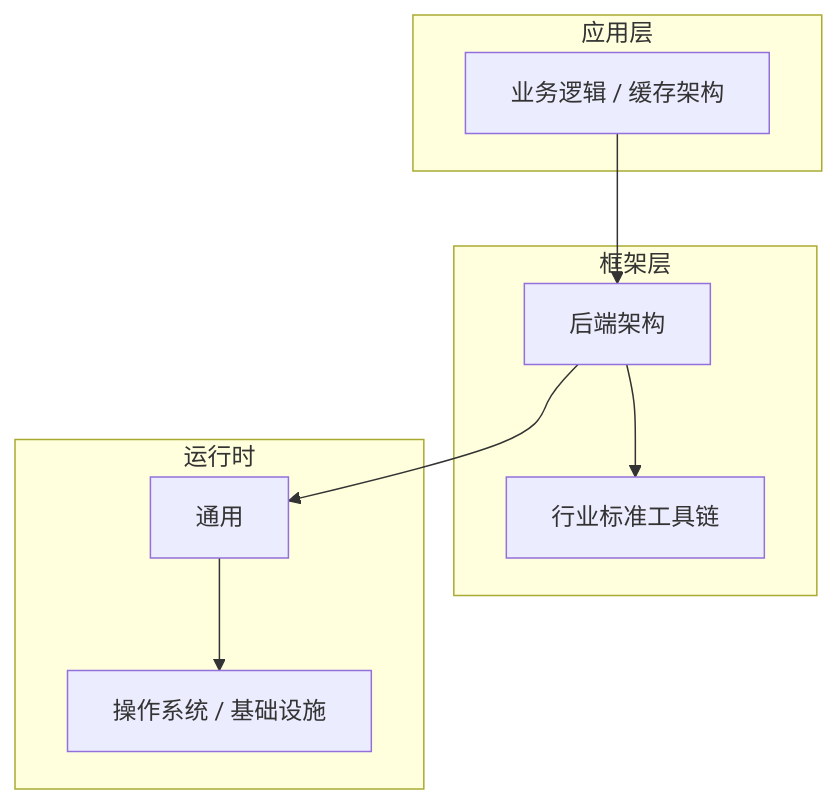
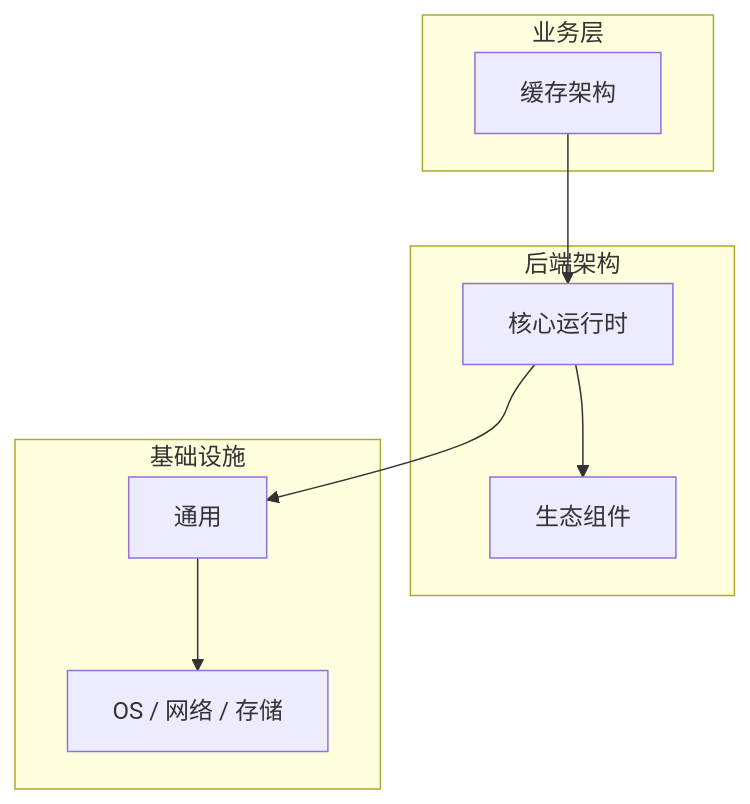
The diagram in articles/后端架构/chapters/072-缓存架构核心概念与原理.md (yanggan2015/knowledge-json-v2), drawn with Mermaid before and after one commit. The commit also changed other lines of this file and 10127 other files, not shown here.

````diff
--- a/articles/后端架构/chapters/072-缓存架构核心概念与原理.md
+++ b/articles/后端架构/chapters/072-缓存架构核心概念与原理.md
@@ -45,18 +34,18 @@
 ```mermaid
 graph TB
-    subgraph 应用层
-        A[业务逻辑 / 缓存架构]
+    subgraph 业务层
+        A[缓存架构]
     end
-    subgraph 框架层
-        B[后端架构]
-        C[行业标准工具链]
+    subgraph 后端架构
+        B[核心运行时]
+        C[生态组件]
     end
-    subgraph 运行时
+    subgraph 基础设施
         D[通用]
-        E[操作系统 / 基础设施]
+        E[OS / 网络 / 存储]
     end
     A --> B
     B --> C
     B --> D
     D --> E
 ```
````
